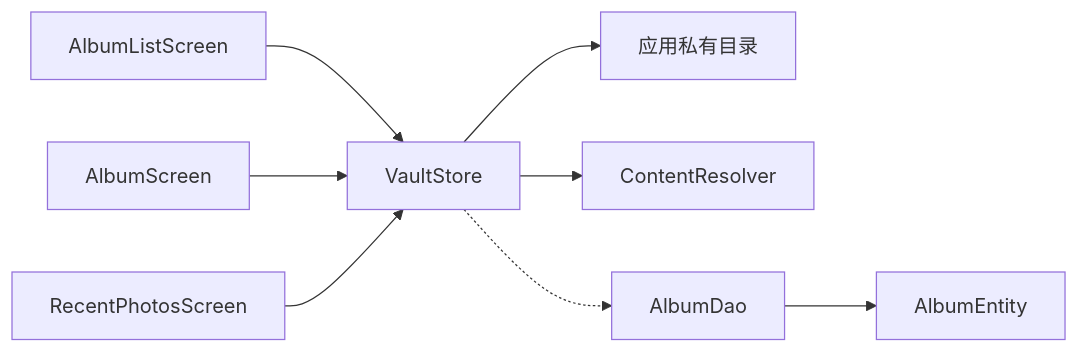
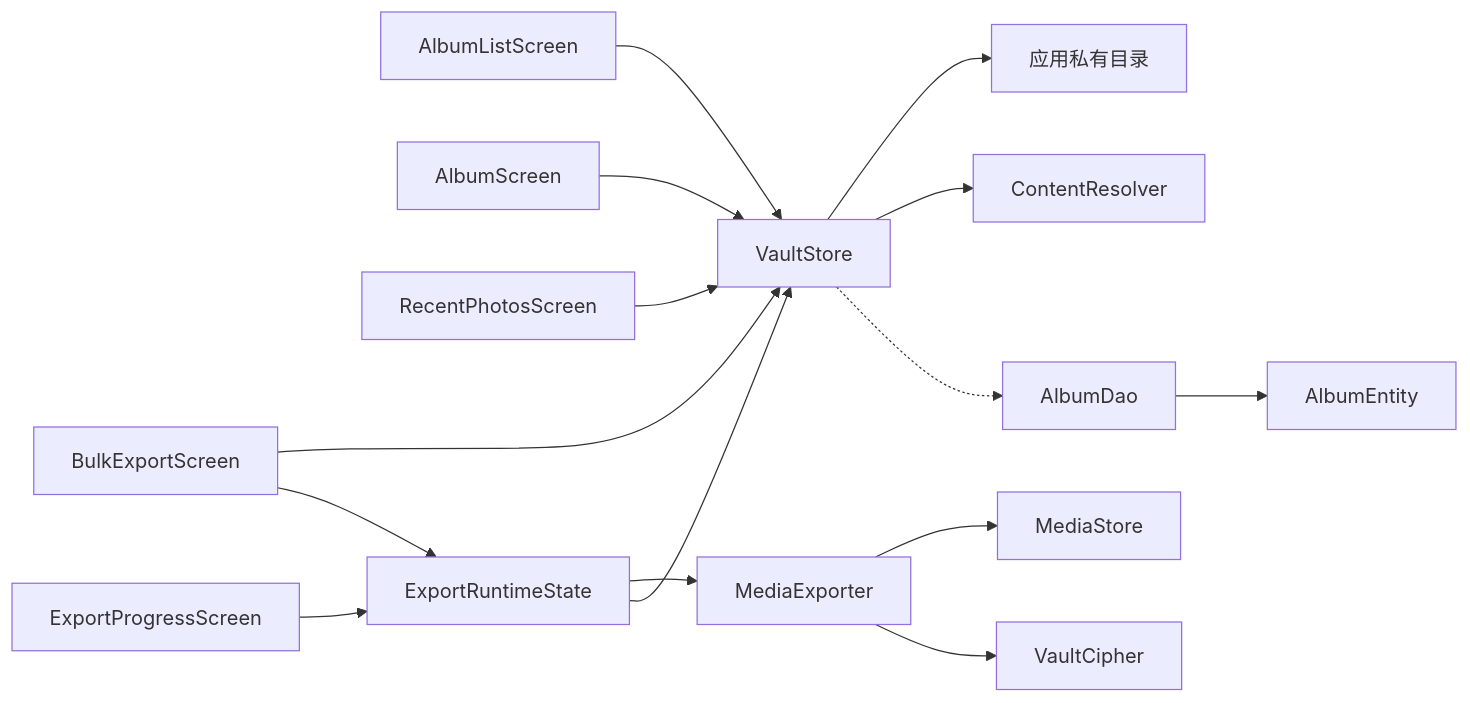
Before and after one commit to wanhongbo/ai-photo-vault: the tenth of 10 diagrams in .qoder/repowiki/zh/content/系统集成/媒体存储系统集成.md, drawn with Mermaid. The commit also changed other lines of this file and 22 other files, not shown here.

````diff
--- a/.qoder/repowiki/zh/content/系统集成/媒体存储系统集成.md
+++ b/.qoder/repowiki/zh/content/系统集成/媒体存储系统集成.md
@@ -316,10 +560,17 @@
 ```mermaid
 graph LR
 ALS["AlbumListScreen"] --> VS["VaultStore"]
 AS["AlbumScreen"] --> VS
 RPS["RecentPhotosScreen"] --> VS
+BES["BulkExportScreen"] --> VS
+BES --> ERS["ExportRuntimeState"]
+EPS["ExportProgressScreen"] --> ERS
+ERS --> ME["MediaExporter"]
+ERS --> VS
 VS --> FS["应用私有目录"]
 VS --> CR["ContentResolver"]
+ME --> MS["MediaStore"]
+ME --> VC["VaultCipher"]
 DAO["AlbumDao"] --> ENT["AlbumEntity"]
 VS -.-> DAO
 ```
````
